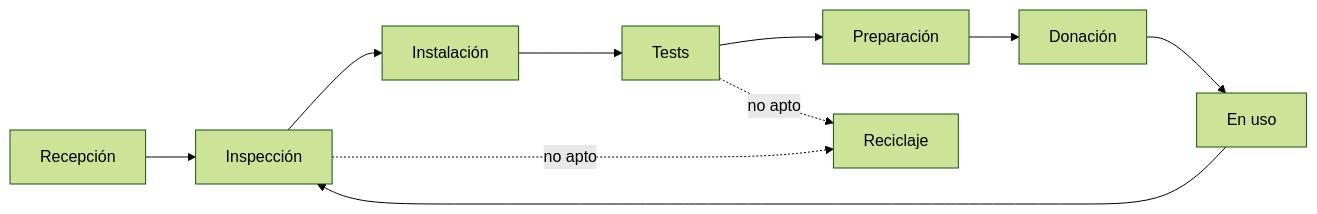
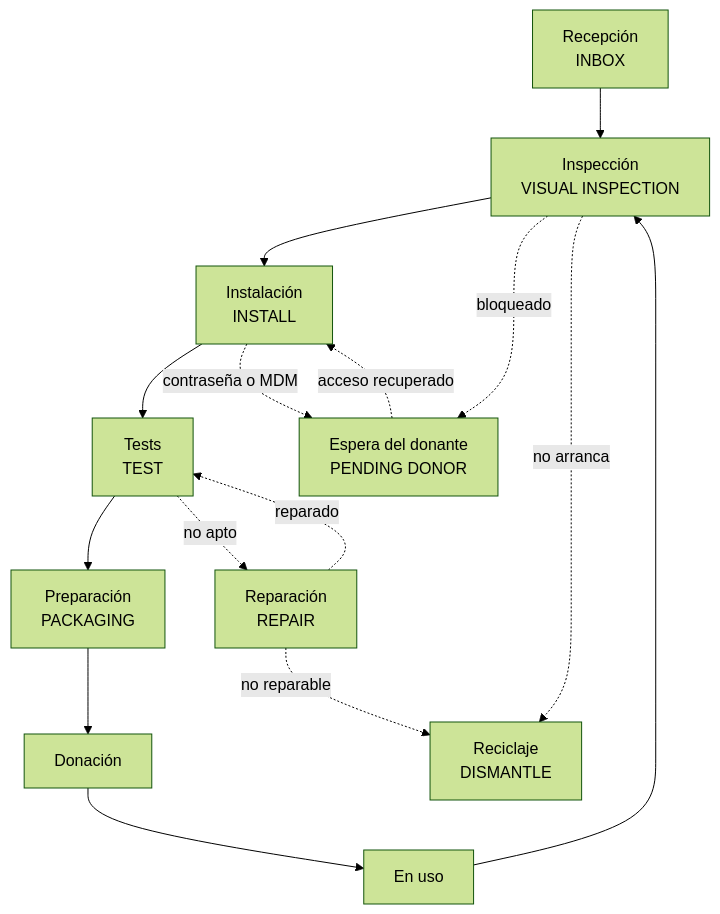
The diagram in docs/index.md (aucoop/vincle-digital-docs), drawn with Mermaid (forest theme) before and after one commit. The commit also changed other lines of this file and 1 other file, not shown here.

Commit message:
docs: align overview diagrams with current transitions

````diff
--- a/docs/index.md
+++ b/docs/index.md
@@ -52,12 +52,17 @@
 ```mermaid
-flowchart LR
-    A[Recepción] --> B[Inspección]
-    B --> C[Instalación]
-    C --> D[Tests]
-    D --> E[Preparación]
-    E --> F[Donación]
-    F --> G[En uso]
+flowchart TD
+    A["Recepción<br/>INBOX"] --> B["Inspección<br/>VISUAL INSPECTION"]
+    B --> C["Instalación<br/>INSTALL"]
+    C --> D["Tests<br/>TEST"]
+    D --> E["Preparación<br/>PACKAGING"]
+    E --> F["Donación"]
+    F --> G["En uso"]
     G --> B
-    B -. no apto .-> H[Reciclaje]
-    D -. no apto .-> H
+    B -. "bloqueado" .-> P["Espera del donante<br/>PENDING DONOR"]
+    C -. "contraseña o MDM" .-> P
+    P -. "acceso recuperado" .-> C
+    D -. "no apto" .-> R["Reparación<br/>REPAIR"]
+    R -. "reparado" .-> D
+    B -. "no arranca" .-> H["Reciclaje<br/>DISMANTLE"]
+    R -. "no reparable" .-> H
 ```
````
